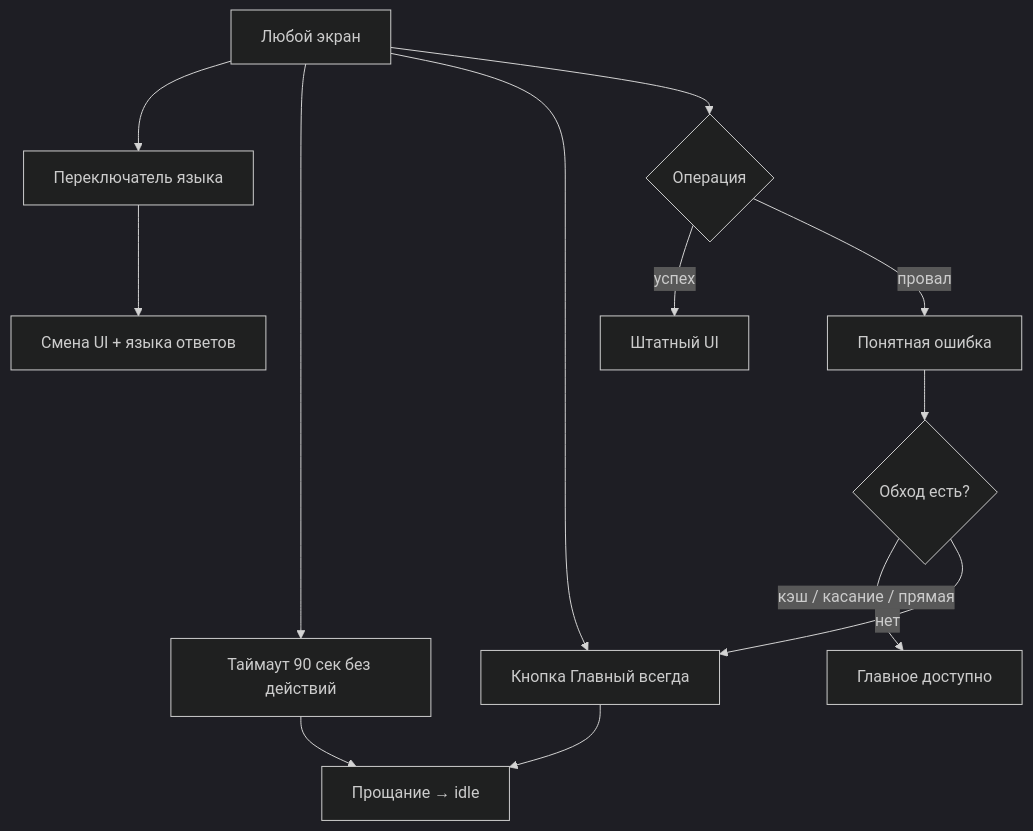
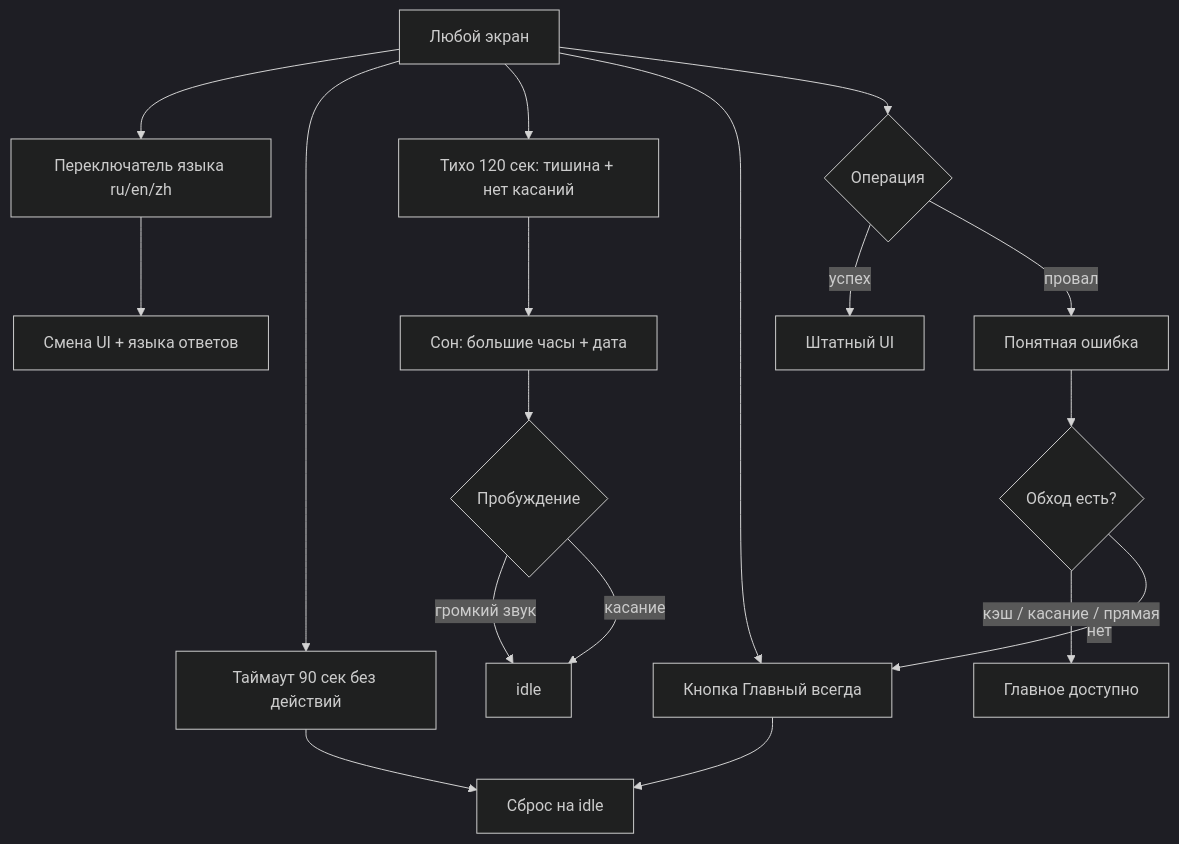
The diagram in docs/flows/06-session.md (Dyman17/Arch), drawn with Mermaid (dark theme) before and after one commit. The commit also changed other lines of this file and 10 other files, not shown here.

Commit message:
docs: BaGdar flows 01-06, api contracts, tech stack, tasks

````diff
--- a/docs/flows/06-session.md
+++ b/docs/flows/06-session.md
@@ -9,15 +9,20 @@
 ```mermaid
 flowchart TD
-    A[Любой экран] --> B[Переключатель языка]
+    A[Любой экран] --> B[Переключатель языка ru/en/zh]
     B --> C[Смена UI + языка ответов]
     A --> D[Таймаут 90 сек без действий]
-    D --> E[Прощание → idle]
-    A --> F[Кнопка Главный всегда]
-    F --> E
-    A --> G{Операция}
-    G -- успех --> H[Штатный UI]
-    G -- провал --> I[Понятная ошибка]
-    I --> J{Обход есть?}
-    J -- кэш / касание / прямая --> K[Главное доступно]
-    J -- нет --> F
+    D --> E[Сброс на idle]
+    A --> F[Тихо 120 сек: тишина + нет касаний]
+    F --> G[Сон: большие часы + дата]
+    G --> H{Пробуждение}
+    H -- громкий звук --> I[idle]
+    H -- касание --> I
+    A --> J[Кнопка Главный всегда]
+    J --> E
+    A --> K{Операция}
+    K -- успех --> L[Штатный UI]
+    K -- провал --> M[Понятная ошибка]
+    M --> N{Обход есть?}
+    N -- кэш / касание / прямая --> O[Главное доступно]
+    N -- нет --> J
 ```
````
